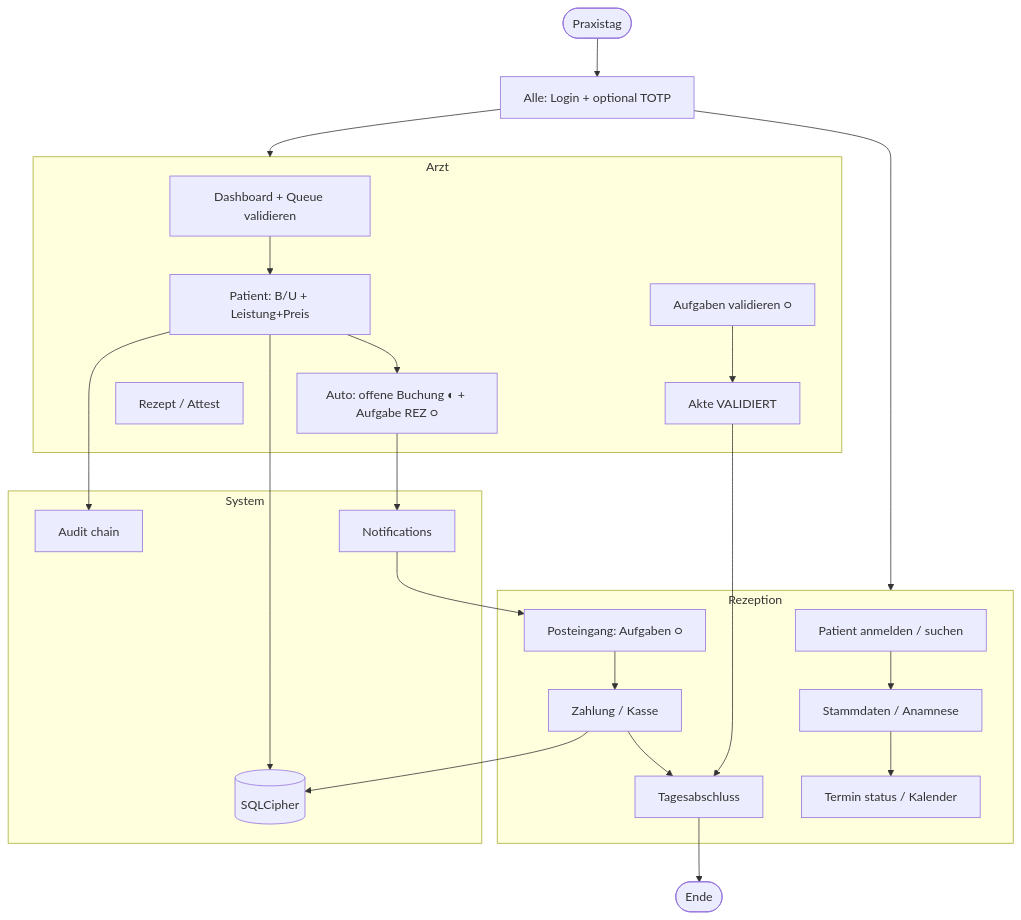
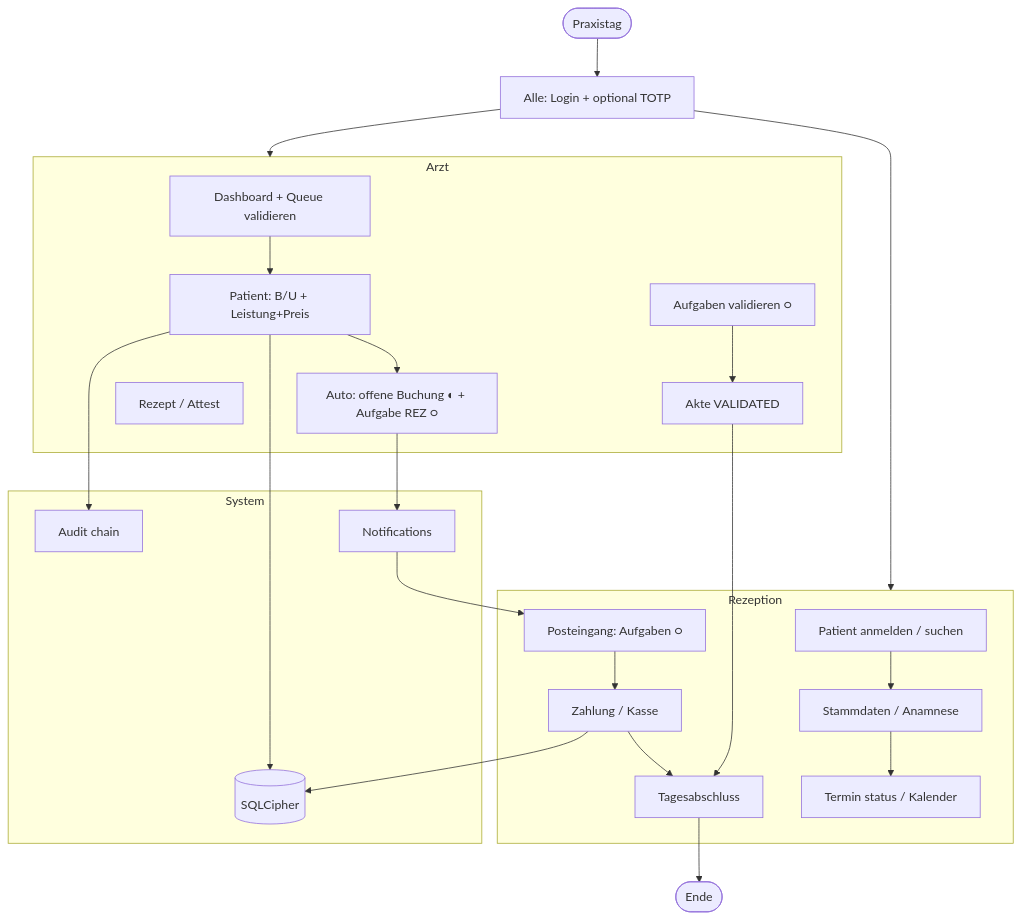
One commit to Achrafbennanizia/Medoc changed the third of 4 diagrams in docs/uml/10-master-feature-workflow-audit.md. Above: the diagram before and after it, drawn with Mermaid. The commit also changed other lines of this file and 1081 other files, not shown here.

````diff
--- a/docs/uml/10-master-feature-workflow-audit.md
+++ b/docs/uml/10-master-feature-workflow-audit.md
@@ -193,39 +193,39 @@
 ```mermaid
 flowchart TB
     Start([Praxistag]) --> Login[Alle: Login + optional TOTP]
     Login --> REZ_lane & ARZT_lane
 
     subgraph REZ_lane["Rezeption"]
         R1[Patient anmelden / suchen]
         R2[Stammdaten / Anamnese]
         R3[Termin status / Kalender]
         R4[Posteingang: Aufgaben ○]
         R5[Zahlung / Kasse]
         R6[Tagesabschluss]
     end
 
     subgraph ARZT_lane["Arzt"]
         A1[Dashboard + Queue validieren]
         A2[Patient: B/U + Leistung+Preis]
         A3[Auto: offene Buchung ◐ + Aufgabe REZ ○]
         A4[Rezept / Attest]
         A5[Aufgaben validieren ○]
-        A6[Akte VALIDIERT]
+        A6[Akte VALIDATED]
     end
 
     subgraph SYS["System"]
         S1[(SQLCipher)]
         S2[Audit chain]
         S3[Notifications]
     end
 
     R1 --> R2 --> R3
     A1 --> A2 --> A3
     A3 --> S3 --> R4
     R4 --> R5
     A5 --> A6
     R5 & A6 --> R6
     R6 --> End([Ende])
     A2 & R5 --> S1
     A2 --> S2
 ```
````
